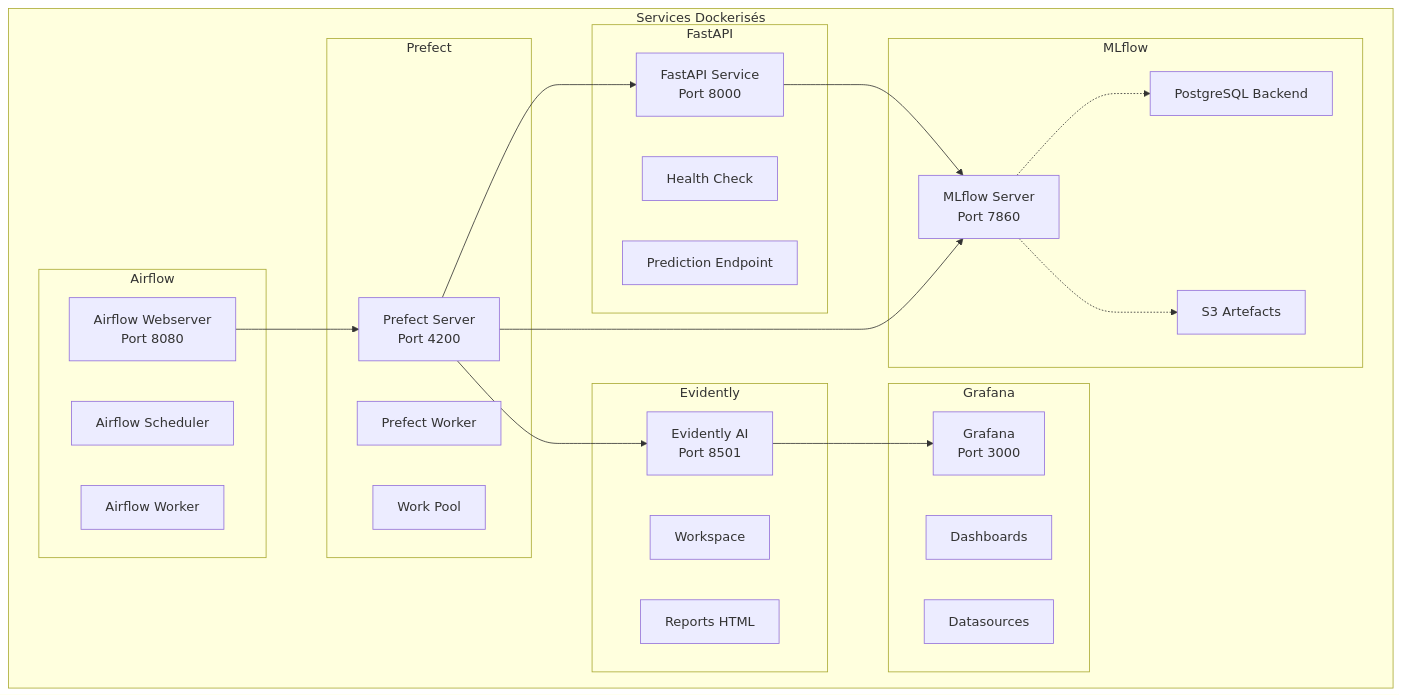
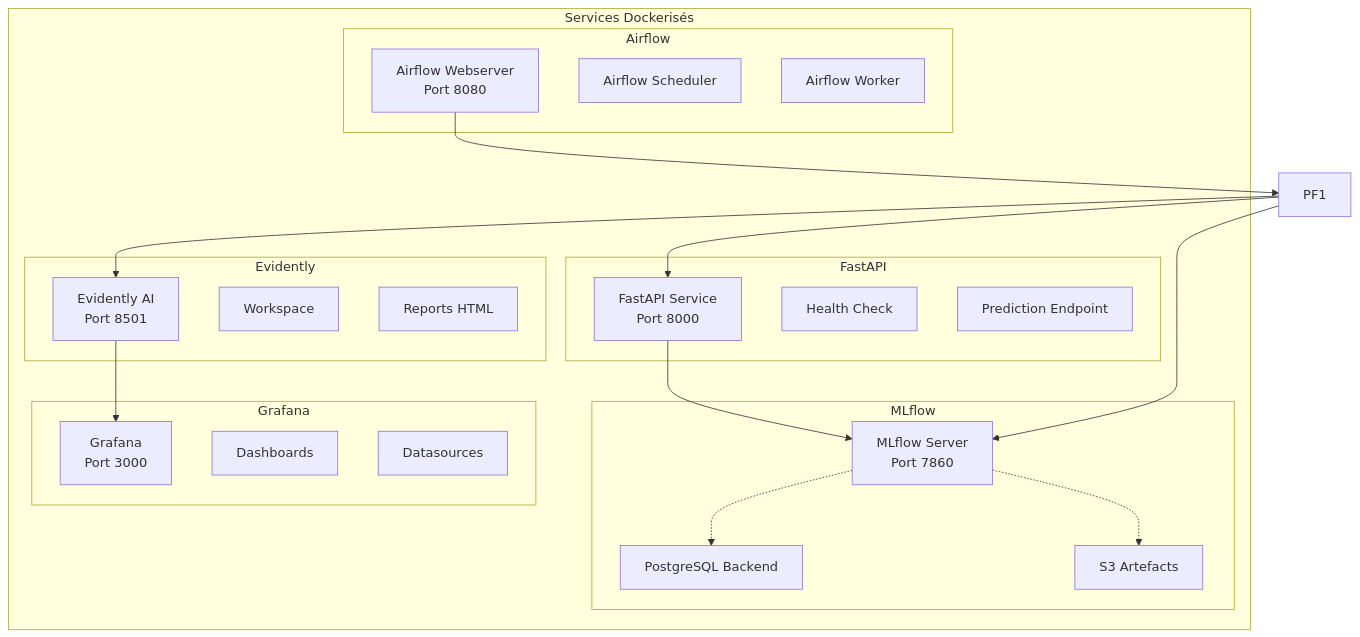
Before and after one commit to jinsudai/jinsudai: the second of 21 diagrams in docs/ARCHITECTURE_MLOPS.md, drawn with Mermaid. The commit also changed other lines of this file and 12 other files, not shown here.

````diff
--- a/docs/ARCHITECTURE_MLOPS.md
+++ b/docs/ARCHITECTURE_MLOPS.md
@@ -74,51 +73,46 @@
 ```mermaid
 graph TB
 
     subgraph "Services Dockerisés"
         subgraph "MLflow"
             ML1[MLflow Server<br/>Port 7860]
             ML2[PostgreSQL Backend]
             ML3[S3 Artefacts]
         end
 
         subgraph "FastAPI"
             FA1[FastAPI Service<br/>Port 8000]
             FA2[Health Check]
             FA3[Prediction Endpoint]
         end
 
         subgraph "Evidently"
             EV1[Evidently AI<br/>Port 8501]
             EV2[Workspace]
             EV3[Reports HTML]
         end
 
         subgraph "Grafana"
             GR1[Grafana<br/>Port 3000]
             GR2[Dashboards]
             GR3[Datasources]
         end
 
-        subgraph "Prefect"
-            PF1[Prefect Server<br/>Port 4200]
-            PF2[Prefect Worker]
-            PF3[Work Pool]
-        end
 
         subgraph "Airflow"
             AF1[Airflow Webserver<br/>Port 8080]
             AF2[Airflow Scheduler]
             AF3[Airflow Worker]
         end
     end
 
     ML1 -.-> ML2
     ML1 -.-> ML3
     FA1 --> ML1
     PF1 --> FA1
     PF1 --> ML1
     PF1 --> EV1
     EV1 --> GR1
     AF1 --> PF1
 
 ```
````
